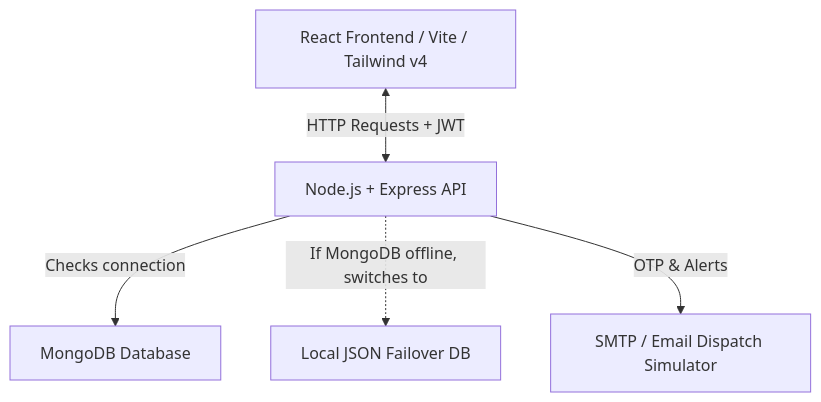
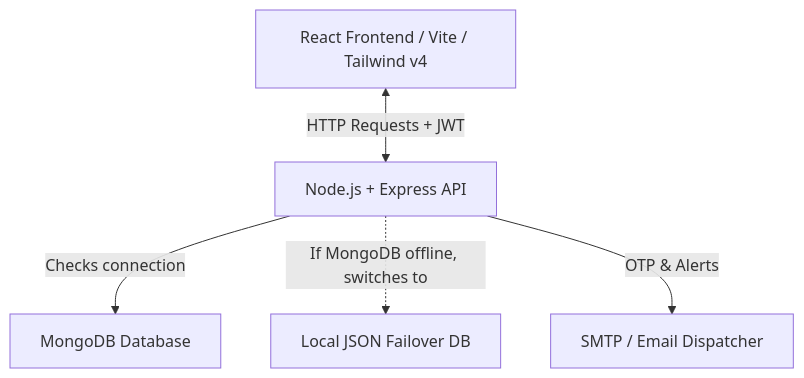
One commit to arajnish24/Portfolio changed the first of 2 diagrams in README.md. Above: the diagram before and after it, drawn with Mermaid. The commit also changed other lines of this file and 1 other file, not shown here.

````diff
--- a/README.md
+++ b/README.md
@@ -18,13 +18,13 @@
 ```mermaid
 graph TD
     Client[React Frontend / Vite / Tailwind v4]
     Server[Node.js + Express API]
-    Mail[SMTP / Email Dispatch Simulator]
+    Mail[SMTP / Email Dispatcher]
     Mongo[MongoDB Database]
     JSONDB[Local JSON Failover DB]
     
     Client <-->|HTTP Requests + JWT| Server
     Server -->|Checks connection| Mongo
     Server -.->|If MongoDB offline, switches to| JSONDB
     Server -->|OTP & Alerts| Mail
 ```
````
